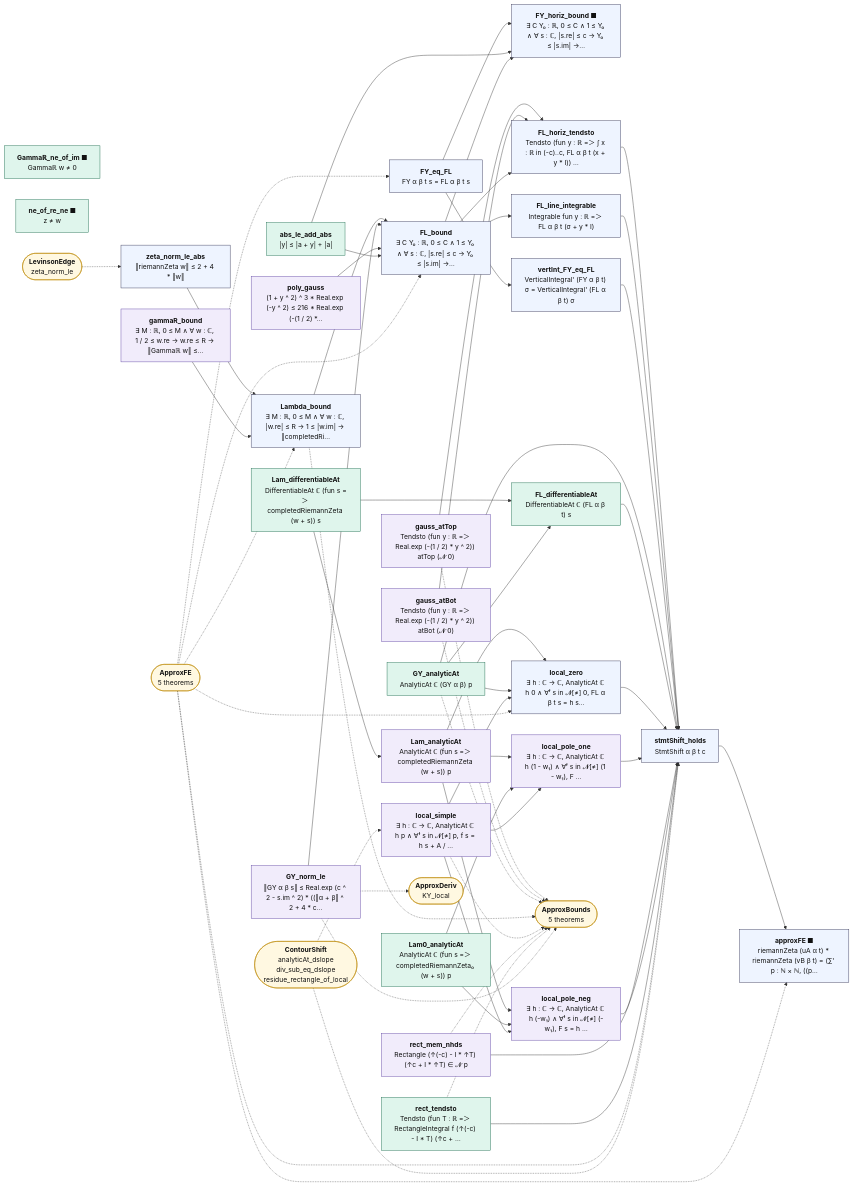
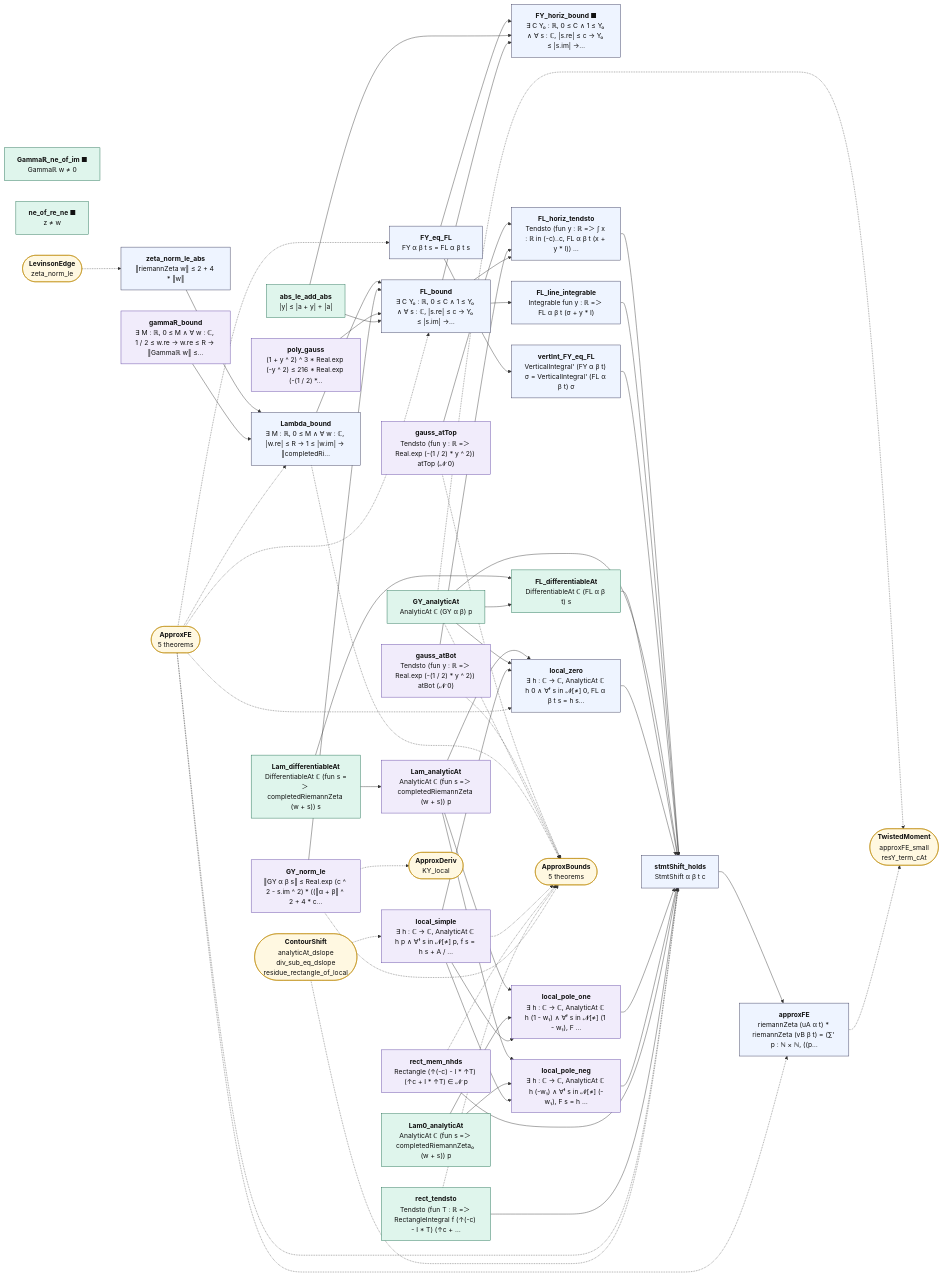
Before and after one commit to juliansambranojr/Primebeat_081426: the diagram in map/lean_stage3/ApproxShift.mmd, drawn with Mermaid. The commit also changed 32 other files, not shown here.

```diff
--- a/map/lean_stage3/ApproxShift.mmd
+++ b/map/lean_stage3/ApproxShift.mmd
@@ -1,98 +1,101 @@
 flowchart LR
   n0["<b>zeta_norm_le_abs</b><br/>‖riemannZeta w‖ ≤ 2 + 4 * ‖w‖"]:::thm
   n1["<b>gammaR_bound</b><br/>∃ M : ℝ, 0 ≤ M ∧ ∀ w : ℂ, 1 / 2 ≤ w.re → w.re ≤ R → ‖Gammaℝ w‖ ≤…"]:::shp
   n2["<b>Lambda_bound</b><br/>∃ M : ℝ, 0 ≤ M ∧ ∀ w : ℂ, |w.re| ≤ R → 1 ≤ |w.im| → ‖completedRi…"]:::thm
   n3["<b>GY_norm_le</b><br/>‖GY α β s‖ ≤ Real.exp (c ^ 2 - s.im ^ 2) * ((‖α + β‖ ^ 2 + 4 * c…"]:::shp
   n4["<b>poly_gauss</b><br/>(1 + y ^ 2) ^ 3 * Real.exp (-y ^ 2) ≤ 216 * Real.exp (-(1 / 2) *…"]:::shp
   n5["<b>FY_eq_FL</b><br/>FY α β t s = FL α β t s"]:::thm
   n6["<b>Gammaℝ_ne_of_im ■</b><br/>Gammaℝ w ≠ 0"]:::cnt
   n7["<b>abs_le_add_abs</b><br/>|y| ≤ |a + y| + |a|"]:::cnt
   n8["<b>FL_bound</b><br/>∃ C Y₀ : ℝ, 0 ≤ C ∧ 1 ≤ Y₀ ∧ ∀ s : ℂ, |s.re| ≤ c → Y₀ ≤ |s.im| →…"]:::thm
   n9["<b>FY_horiz_bound ■</b><br/>∃ C Y₀ : ℝ, 0 ≤ C ∧ 1 ≤ Y₀ ∧ ∀ s : ℂ, |s.re| ≤ c → Y₀ ≤ |s.im| →…"]:::thm
   n10["<b>gauss_atTop</b><br/>Tendsto (fun y : ℝ =＞ Real.exp (-(1 / 2) * y ^ 2)) atTop (𝓝 0)"]:::shp
   n11["<b>gauss_atBot</b><br/>Tendsto (fun y : ℝ =＞ Real.exp (-(1 / 2) * y ^ 2)) atBot (𝓝 0)"]:::shp
   n12["<b>FL_horiz_tendsto</b><br/>Tendsto (fun y : ℝ =＞ ∫ x : ℝ in (-c)..c, FL α β t (x + y * I)) …"]:::thm
   n13["<b>FL_line_integrable</b><br/>Integrable fun y : ℝ =＞ FL α β t (σ + y * I)"]:::thm
   n14["<b>vertInt_FY_eq_FL</b><br/>VerticalIntegral' (FY α β t) σ = VerticalIntegral' (FL α β t) σ"]:::thm
   n15["<b>Lam_differentiableAt</b><br/>DifferentiableAt ℂ (fun s =＞ completedRiemannZeta (w + s)) s"]:::cnt
   n16["<b>Lam_analyticAt</b><br/>AnalyticAt ℂ (fun s =＞ completedRiemannZeta (w + s)) p"]:::shp
   n17["<b>Lam0_analyticAt</b><br/>AnalyticAt ℂ (fun s =＞ completedRiemannZeta₀ (w + s)) p"]:::cnt
   n18["<b>GY_analyticAt</b><br/>AnalyticAt ℂ (GY α β) p"]:::cnt
   n19["<b>FL_differentiableAt</b><br/>DifferentiableAt ℂ (FL α β t) s"]:::cnt
   n20["<b>local_simple</b><br/>∃ h : ℂ → ℂ, AnalyticAt ℂ h p ∧ ∀ᶠ s in 𝓝[≠] p, f s = h s + A / …"]:::shp
   n21["<b>local_zero</b><br/>∃ h : ℂ → ℂ, AnalyticAt ℂ h 0 ∧ ∀ᶠ s in 𝓝[≠] 0, FL α β t s = h s…"]:::thm
   n22["<b>local_pole_one</b><br/>∃ h : ℂ → ℂ, AnalyticAt ℂ h (1 - w₁) ∧ ∀ᶠ s in 𝓝[≠] (1 - w₁), F …"]:::shp
   n23["<b>local_pole_neg</b><br/>∃ h : ℂ → ℂ, AnalyticAt ℂ h (-w₁) ∧ ∀ᶠ s in 𝓝[≠] (-w₁), F s = h …"]:::shp
   n24["<b>ne_of_re_ne ■</b><br/>z ≠ w"]:::cnt
   n25["<b>rect_mem_nhds</b><br/>Rectangle (↑(-c) - I * ↑T) (↑c + I * ↑T) ∈ 𝓝 p"]:::shp
   n26["<b>rect_tendsto</b><br/>Tendsto (fun T : ℝ =＞ RectangleIntegral f (↑(-c) - I * T) (↑c + …"]:::cnt
   n27["<b>stmtShift_holds</b><br/>StmtShift α β t c"]:::thm
-  n28["<b>approxFE ■</b><br/>riemannZeta (uA α t) * riemannZeta (vB β t) = (∑' p : ℕ × ℕ, ((p…"]:::thm
+  n28["<b>approxFE</b><br/>riemannZeta (uA α t) * riemannZeta (vB β t) = (∑' p : ℕ × ℕ, ((p…"]:::thm
   x0(["<b>LevinsonEdge</b><br/>zeta_norm_le"]):::ext
   x1(["<b>ApproxFE</b><br/>5 theorems"]):::ext
   x2(["<b>ApproxBounds</b><br/>5 theorems"]):::ext
   x3(["<b>ApproxDeriv</b><br/>KY_local"]):::ext
-  x4(["<b>ContourShift</b><br/>analyticAt_dslope<br/>div_sub_eq_dslope<br/>residue_rectangle_of_local"]):::ext
+  x4(["<b>TwistedMoment</b><br/>approxFE_small<br/>resY_term_cAt"]):::ext
+  x5(["<b>ContourShift</b><br/>analyticAt_dslope<br/>div_sub_eq_dslope<br/>residue_rectangle_of_local"]):::ext
   n0 --> n2
   n1 --> n2
   n10 --> n12
   n11 --> n12
   n12 --> n27
   n13 --> n27
   n14 --> n27
   n15 --> n16
   n15 --> n19
   n16 --> n21
   n16 --> n22
   n16 --> n23
   n17 --> n22
   n17 --> n23
   n18 --> n19
   n18 --> n21
   n18 --> n27
   n19 --> n27
   n2 --> n8
   n20 --> n21
   n20 --> n22
   n20 --> n23
   n21 --> n27
   n22 --> n27
   n23 --> n27
   n25 --> n27
   n26 --> n27
   n27 --> n28
   n3 --> n8
   n4 --> n8
   n5 --> n14
   n5 --> n9
   n7 --> n8
   n7 --> n9
   n8 --> n12
   n8 --> n13
   n8 --> n9
   n10 -.-> x2
   n11 -.-> x2
   n18 -.-> x2
+  n18 -.-> x4
   n2 -.-> x2
   n20 -.-> x2
   n25 -.-> x2
   n26 -.-> x2
+  n28 -.-> x4
   n3 -.-> x2
   n3 -.-> x3
   x0 -.-> n0
   x1 -.-> n2
   x1 -.-> n21
   x1 -.-> n27
   x1 -.-> n28
   x1 -.-> n5
   x1 -.-> n8
-  x4 -.-> n20
-  x4 -.-> n27
+  x5 -.-> n20
+  x5 -.-> n27
   classDef cnt fill:#dff5ec,stroke:#17694a,color:#111
   classDef shp fill:#f1ecfb,stroke:#5b3fa0,color:#111
   classDef rh fill:#ffe5e5,stroke:#c22,color:#111,stroke-width:2px
   classDef thm fill:#eef4ff,stroke:#335,color:#111
   classDef end_ fill:#e7f7e7,stroke:#2a7,color:#111,stroke-width:2px
   classDef lone fill:#fff,stroke:#999,color:#111,stroke-dasharray:4 3
   classDef bad fill:#ffe5e5,stroke:#c22,color:#111,stroke-width:2px
   classDef ext fill:#fff8e1,stroke:#b80,color:#111
```
